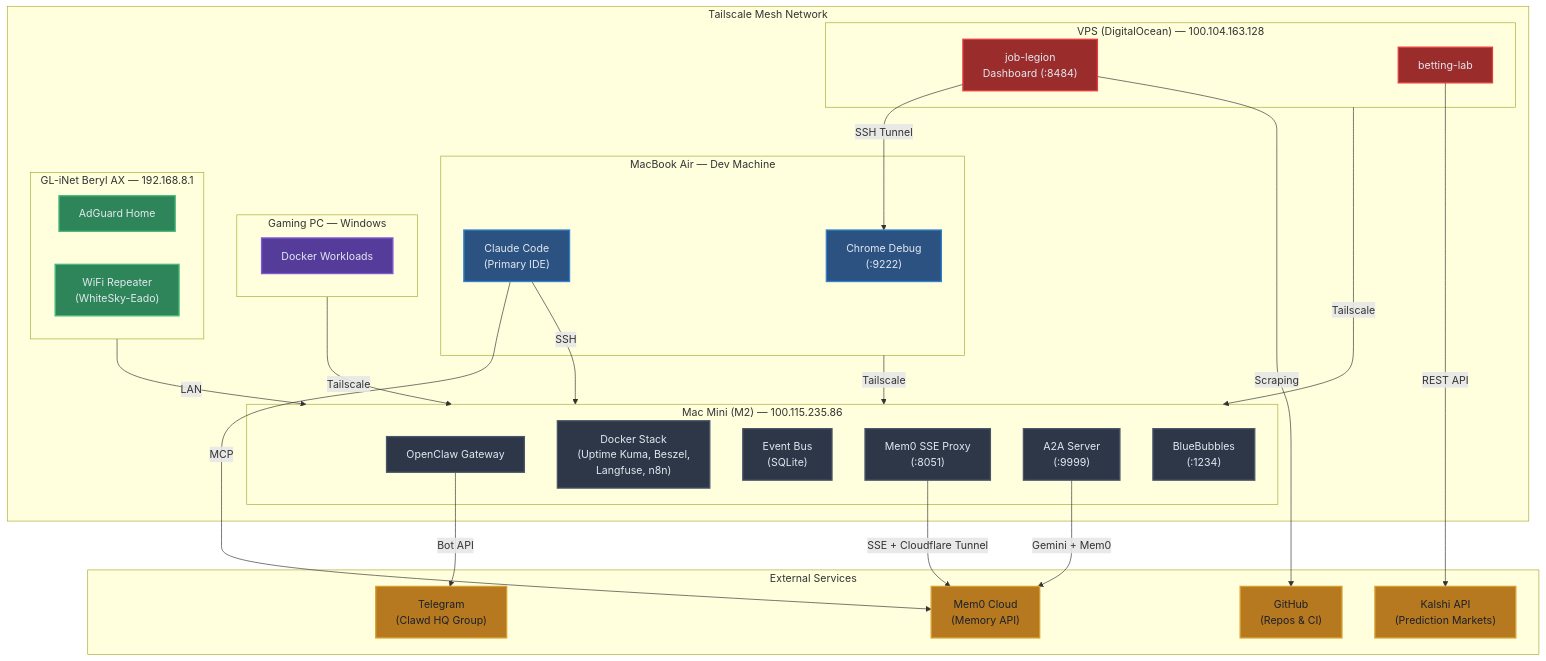
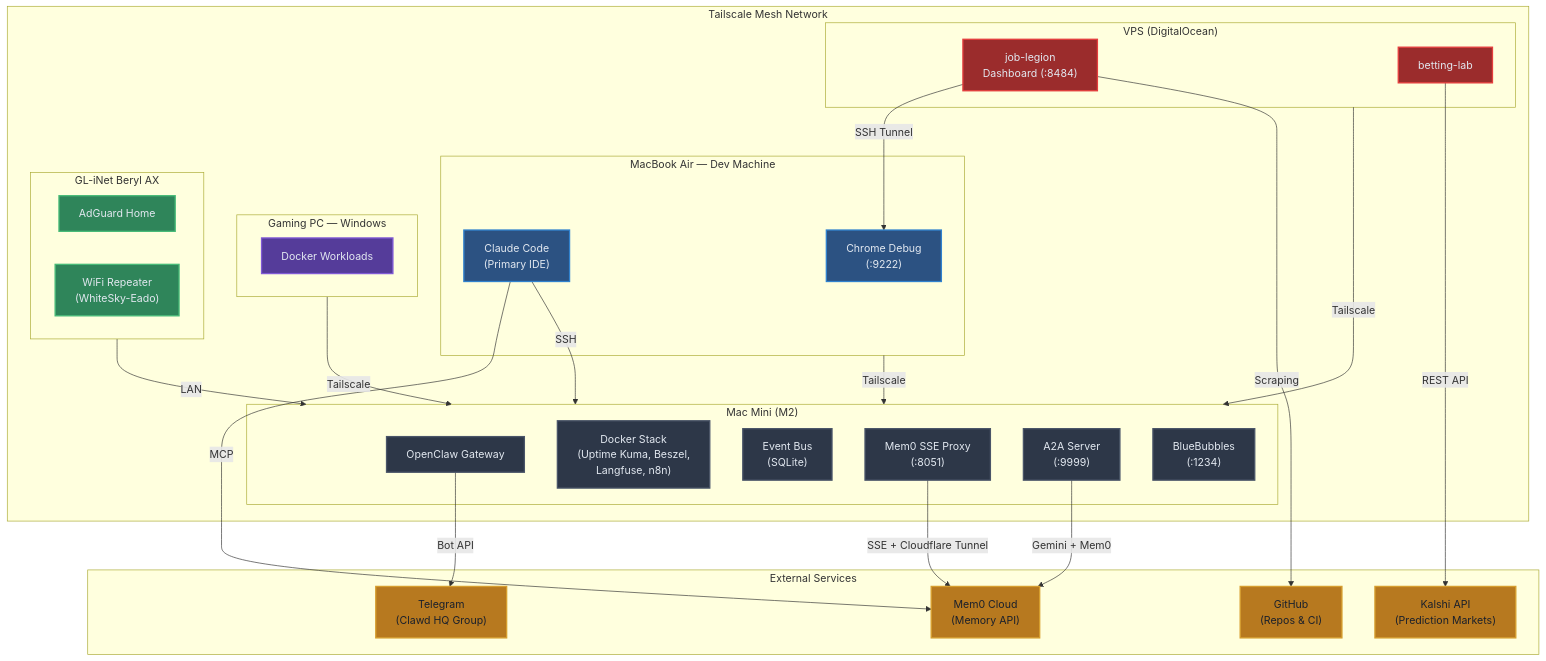
Before and after one commit to zach-abraham/clawd-hq: the diagram in diagrams/system-topology.mmd, drawn with Mermaid. The commit also changed 4 other files, not shown here.

First line of the commit message:
Fix Trainer to personal fitness, remove real IPs from diagrams

```diff
--- a/diagrams/system-topology.mmd
+++ b/diagrams/system-topology.mmd
@@ -1,72 +1,72 @@
 graph TD
     subgraph External["External Services"]
         MEM0_CLOUD["Mem0 Cloud<br/>(Memory API)"]
         TELEGRAM["Telegram<br/>(Clawd HQ Group)"]
         KALSHI["Kalshi API<br/>(Prediction Markets)"]
         GITHUB["GitHub<br/>(Repos & CI)"]
     end
 
     subgraph TAILSCALE["Tailscale Mesh Network"]
-        subgraph MACMINI["Mac Mini (M2) — 100.115.235.86"]
+        subgraph MACMINI["Mac Mini (M2)"]
             OC_GW["OpenClaw Gateway"]
             DOCKER["Docker Stack<br/>(Uptime Kuma, Beszel,<br/>Langfuse, n8n)"]
             EVENTBUS["Event Bus<br/>(SQLite)"]
             MEM0_SSE["Mem0 SSE Proxy<br/>(:8051)"]
             A2A["A2A Server<br/>(:9999)"]
             BLUEBUB["BlueBubbles<br/>(:1234)"]
         end
 
         subgraph MBA["MacBook Air — Dev Machine"]
             CLAUDE_CODE["Claude Code<br/>(Primary IDE)"]
             CHROME_DBG["Chrome Debug<br/>(:9222)"]
         end
 
         subgraph GAMING["Gaming PC — Windows"]
             DOCKER_WIN["Docker Workloads"]
         end
 
-        subgraph VPS["VPS (DigitalOcean) — 100.104.163.128"]
+        subgraph VPS["VPS (DigitalOcean)"]
             JOB_LEGION["job-legion<br/>Dashboard (:8484)"]
             BETTING_LAB["betting-lab"]
         end
 
-        subgraph ROUTER["GL-iNet Beryl AX — 192.168.8.1"]
+        subgraph ROUTER["GL-iNet Beryl AX"]
             ADGUARD["AdGuard Home"]
             REPEATER["WiFi Repeater<br/>(WhiteSky-Eado)"]
         end
     end
 
     %% Tailscale connections
     MBA -->|Tailscale| MACMINI
     GAMING -->|Tailscale| MACMINI
     VPS -->|Tailscale| MACMINI
     ROUTER -->|LAN| MACMINI
 
     %% External connections from Mac Mini
     MEM0_SSE -->|SSE + Cloudflare Tunnel| MEM0_CLOUD
     OC_GW -->|Bot API| TELEGRAM
     A2A -->|Gemini + Mem0| MEM0_CLOUD
     JOB_LEGION -->|SSH Tunnel| CHROME_DBG
 
     %% External connections from VPS
     BETTING_LAB -->|REST API| KALSHI
     JOB_LEGION -->|Scraping| GITHUB
 
     %% Claude Code connections
     CLAUDE_CODE -->|MCP| MEM0_CLOUD
     CLAUDE_CODE -->|SSH| MACMINI
 
     %% Styles
     classDef macmini fill:#2d3748,stroke:#4a5568,color:#e2e8f0,stroke-width:2px
     classDef mba fill:#2c5282,stroke:#3182ce,color:#e2e8f0,stroke-width:2px
     classDef gaming fill:#553c9a,stroke:#805ad5,color:#e2e8f0,stroke-width:2px
     classDef vps fill:#9b2c2c,stroke:#e53e3e,color:#e2e8f0,stroke-width:2px
     classDef router fill:#2f855a,stroke:#48bb78,color:#e2e8f0,stroke-width:2px
     classDef external fill:#b7791f,stroke:#d69e2e,color:#1a202c,stroke-width:2px
 
     class OC_GW,DOCKER,EVENTBUS,MEM0_SSE,A2A,BLUEBUB macmini
     class CLAUDE_CODE,CHROME_DBG mba
     class DOCKER_WIN gaming
     class JOB_LEGION,BETTING_LAB vps
     class ADGUARD,REPEATER router
     class MEM0_CLOUD,TELEGRAM,KALSHI,GITHUB external
```
